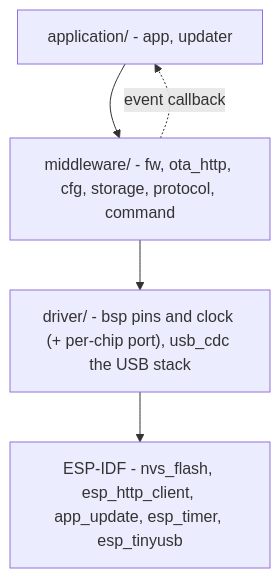
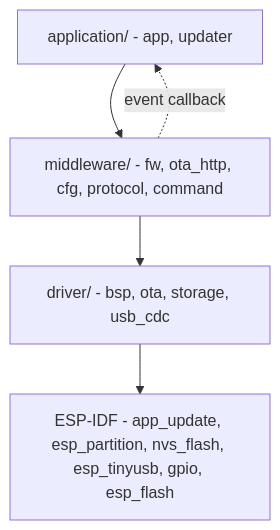
One commit to dtbao-embedded-dev/app-updater changed the diagram in docs/memory-ai/architecture/layering-and-dependencies.md. Above: the diagram before and after it, drawn with Mermaid. The commit also changed other lines of this file and 3 other files, not shown here.

````diff
--- a/docs/memory-ai/architecture/layering-and-dependencies.md
+++ b/docs/memory-ai/architecture/layering-and-dependencies.md
@@ -23,10 +23,10 @@
 ```mermaid
 flowchart TD
     APP["application/ - app, updater"]
-    MW["middleware/ - fw, ota_http, cfg, storage, protocol, command"]
-    DRV["driver/ - bsp pins and clock (+ per-chip port), usb_cdc the USB stack"]
-    SDK["ESP-IDF - nvs_flash, esp_http_client, app_update, esp_timer, esp_tinyusb"]
+    MW["middleware/ - fw, ota_http, cfg, protocol, command"]
+    DRV["driver/ - bsp, ota, storage, usb_cdc"]
+    SDK["ESP-IDF - app_update, esp_partition, nvs_flash, esp_tinyusb, gpio, esp_flash"]
 
     APP --> MW --> DRV --> SDK
     MW -. "event callback" .-> APP
 ```
````
